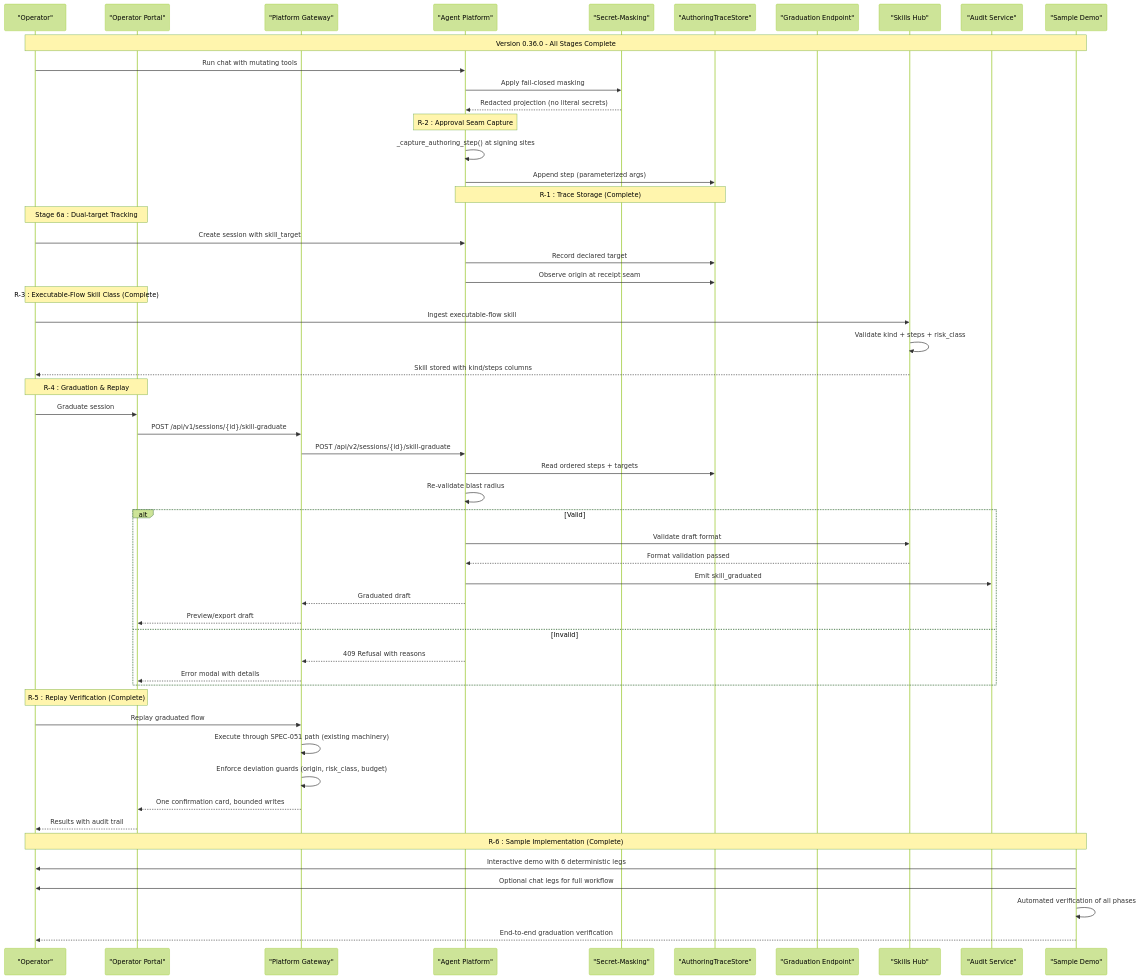
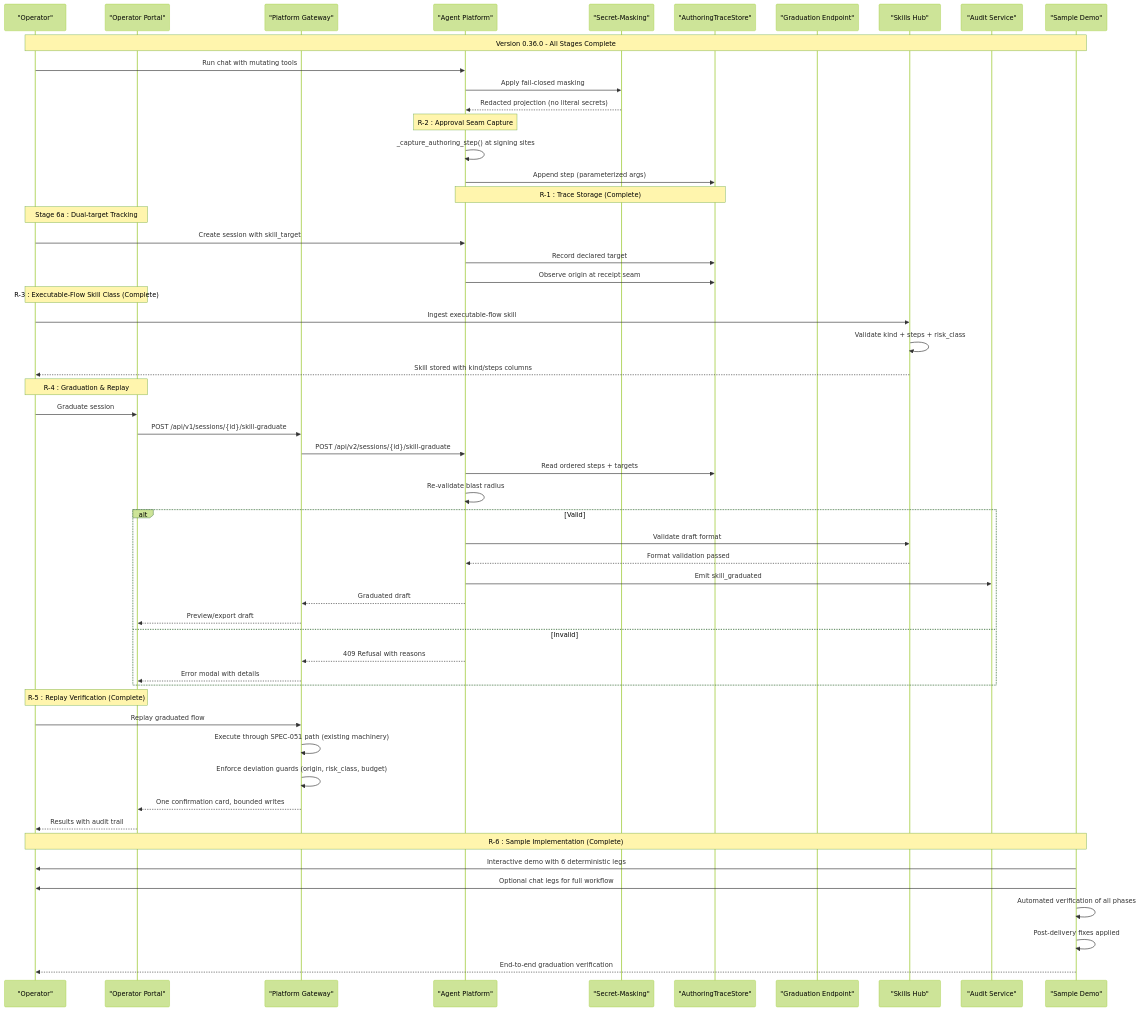
One commit to metasync/luban-aiops changed the second of 11 diagrams in .qoder/repowiki/en/content/Architecture Documentation/SPEC-055_ Develop-as-You-Go Skill Graduation.md. Above: the diagram before and after it, drawn with Mermaid (forest theme). The commit also changed other lines of this file and 21 other files, not shown here.

````diff
--- a/.qoder/repowiki/en/content/Architecture Documentation/SPEC-055_ Develop-as-You-Go Skill Graduation.md
+++ b/.qoder/repowiki/en/content/Architecture Documentation/SPEC-055_ Develop-as-You-Go Skill Graduation.md
@@ -200,56 +200,57 @@
 ```mermaid
 sequenceDiagram
 participant Operator as "Operator"
 participant Portal as "Operator Portal"
 participant GW as "Platform Gateway"
 participant Agent as "Agent Platform"
 participant Mask as "Secret-Masking"
 participant Trace as "AuthoringTraceStore"
 participant Grad as "Graduation Endpoint"
 participant Hub as "Skills Hub"
 participant Audit as "Audit Service"
 participant Demo as "Sample Demo"
 Note over Operator,Demo : Version 0.36.0 - All Stages Complete
 Operator->>Agent : Run chat with mutating tools
 Agent->>Mask : Apply fail-closed masking
 Mask-->>Agent : Redacted projection (no literal secrets)
 Note over Agent,Agent : R-2 : Approval Seam Capture
 Agent->>Agent : _capture_authoring_step() at signing sites
 Agent->>Trace : Append step (parameterized args)
 Note over Agent,Trace : R-1 : Trace Storage (Complete)
 Note over Operator,Portal : Stage 6a : Dual-target Tracking
 Operator->>Agent : Create session with skill_target
 Agent->>Trace : Record declared target
 Agent->>Trace : Observe origin at receipt seam
 Note over Operator,Portal : R-3 : Executable-Flow Skill Class (Complete)
 Operator->>Hub : Ingest executable-flow skill
 Hub->>Hub : Validate kind + steps + risk_class
 Hub-->>Operator : Skill stored with kind/steps columns
 Note over Portal,Operator : R-4 : Graduation & Replay
 Operator->>Portal : Graduate session
 Portal->>GW : POST /api/v1/sessions/{id}/skill-graduate
 GW->>Agent : POST /api/v2/sessions/{id}/skill-graduate
 Agent->>Trace : Read ordered steps + targets
 Agent->>Agent : Re-validate blast radius
 alt Valid
 Agent->>Hub : Validate draft format
 Hub-->>Agent : Format validation passed
 Agent->>Audit : Emit skill_graduated
 Agent-->>GW : Graduated draft
 GW-->>Portal : Preview/export draft
 else Invalid
 Agent-->>GW : 409 Refusal with reasons
 GW-->>Portal : Error modal with details
 end
 Note over Portal,Operator : R-5 : Replay Verification (Complete)
 Operator->>GW : Replay graduated flow
 GW->>GW : Execute through SPEC-051 path (existing machinery)
 GW->>GW : Enforce deviation guards (origin, risk_class, budget)
 GW-->>Portal : One confirmation card, bounded writes
 Portal-->>Operator : Results with audit trail
 Note over Demo,Operator : R-6 : Sample Implementation (Complete)
 Demo->>Operator : Interactive demo with 6 deterministic legs
 Demo->>Operator : Optional chat legs for full workflow
 Demo->>Demo : Automated verification of all phases
+Demo->>Demo : Post-delivery fixes applied
 Demo-->>Operator : End-to-end graduation verification
 ```
````
